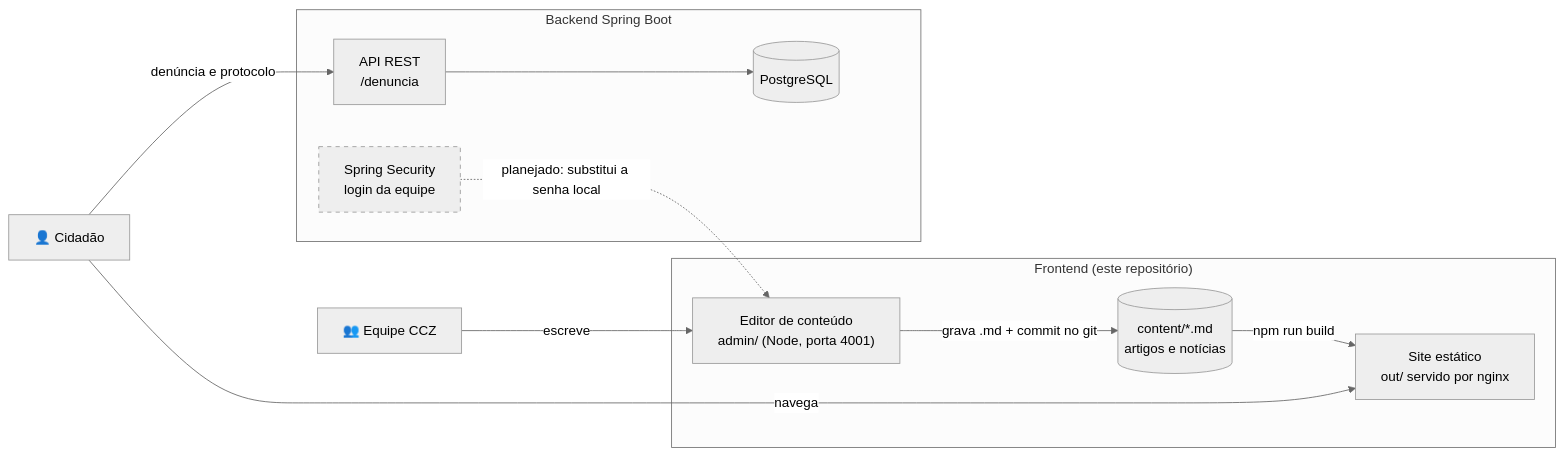
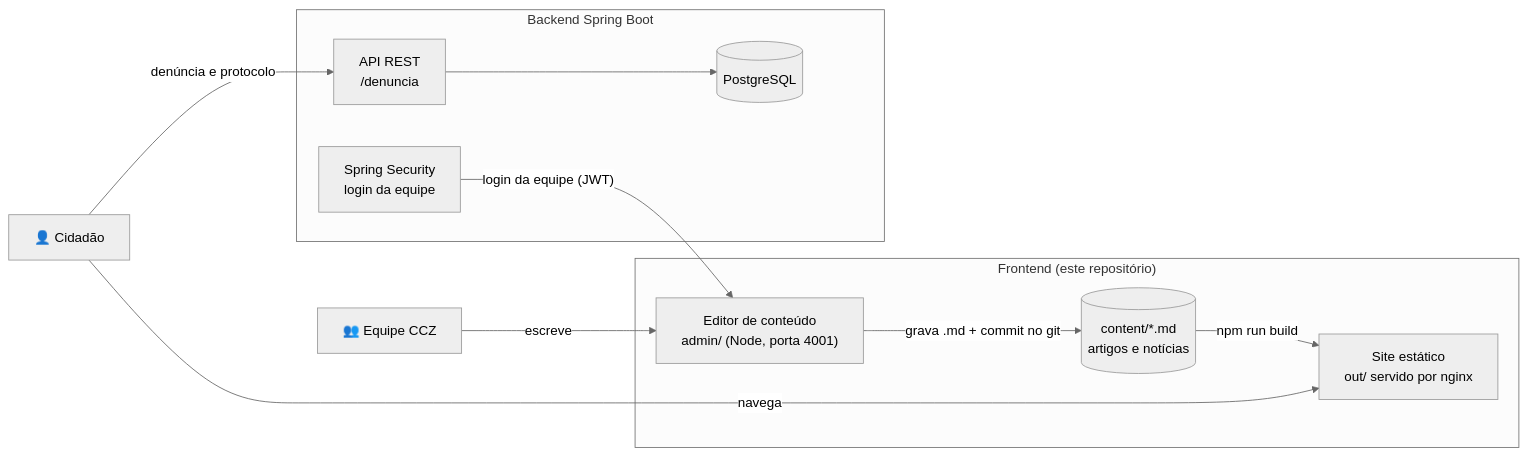
The diagram in README.md (syndiy/Site-CCZ-Mossoro), drawn with Mermaid (neutral theme) before and after one commit. The commit also changed other lines of this file, not shown here.

First line of the commit message:
docs: documenta o login da equipe e a triagem de denuncias

````diff
--- a/README.md
+++ b/README.md
@@ -11,27 +11,25 @@
 ```mermaid
 flowchart LR
     C["👤 Cidadão"]
     EQ["👥 Equipe CCZ"]
 
     subgraph front["Frontend (este repositório)"]
         E["Editor de conteúdo<br/>admin/ (Node, porta 4001)"]
         MD[("content/*.md<br/>artigos e notícias")]
         S["Site estático<br/>out/ servido por nginx"]
     end
 
     subgraph back["Backend Spring Boot"]
         API["API REST<br/>/denuncia"]
         SEC["Spring Security<br/>login da equipe"]
         DB[("PostgreSQL")]
     end
 
     EQ -->|escreve| E
     E -->|"grava .md + commit no git"| MD
     MD -->|npm run build| S
     C -->|navega| S
     C -->|"denúncia e protocolo"| API
     API --> DB
-    SEC -.->|"planejado: substitui a senha local"| E
-
-    style SEC stroke-dasharray: 5 5
+    SEC -->|"login da equipe (JWT)"| E
 ```
````
